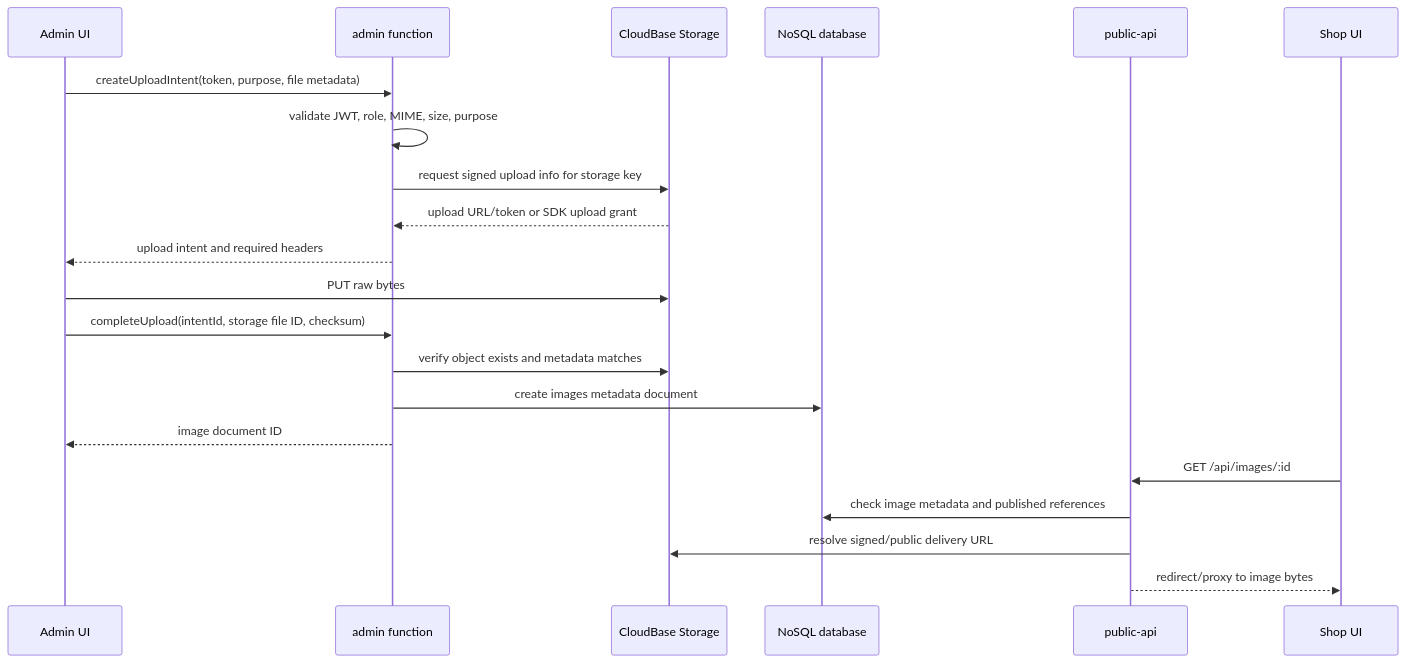
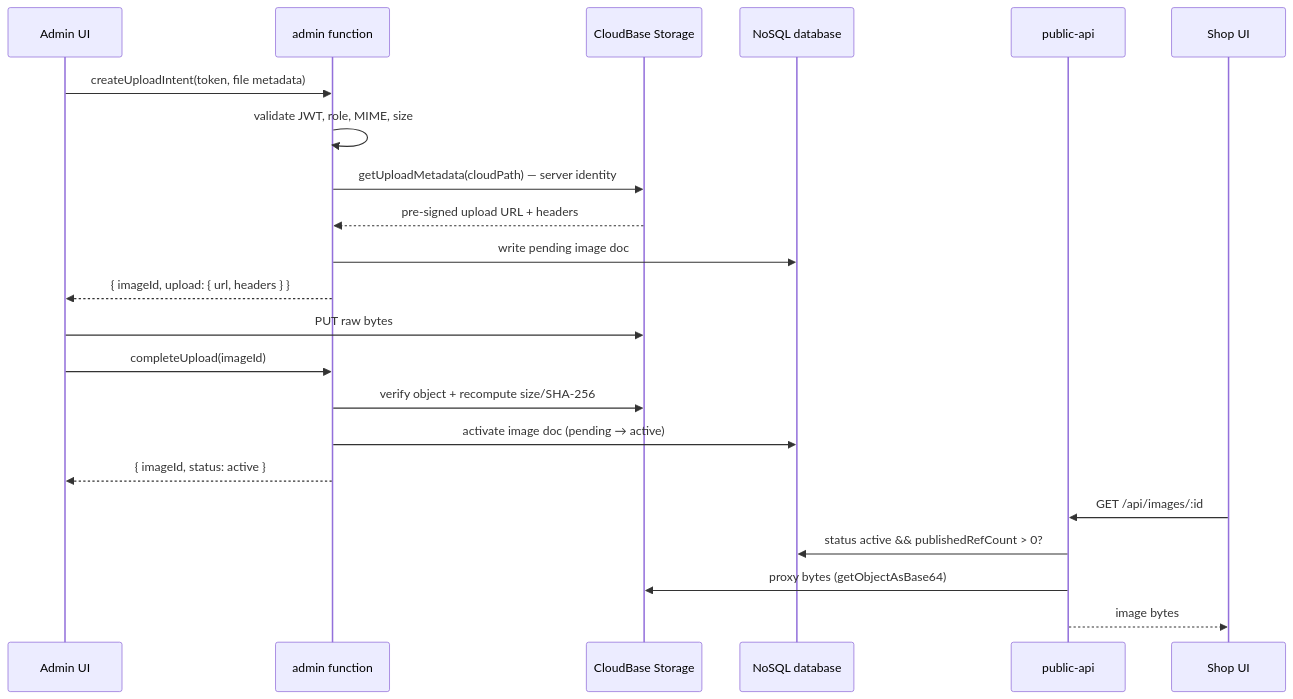
One commit to vibelingan/channel changed the second of 6 diagrams in docs/IMAGE_UPLOAD_STORAGE_DESIGN.md. Above: the diagram before and after it, drawn with Mermaid. The commit also changed other lines of this file and 10 other files, not shown here.

First line of the commit message:
feat(media): MIU-Upload U1 — admin-brokered direct-upload server contract

````diff
--- a/docs/IMAGE_UPLOAD_STORAGE_DESIGN.md
+++ b/docs/IMAGE_UPLOAD_STORAGE_DESIGN.md
@@ -218,24 +218,25 @@
 ```mermaid
 sequenceDiagram
   participant UI as Admin UI
   participant Admin as admin function
   participant Storage as CloudBase Storage
   participant DB as NoSQL database
   participant Public as public-api
   participant Shop as Shop UI
 
-  UI->>Admin: createUploadIntent(token, purpose, file metadata)
-  Admin->>Admin: validate JWT, role, MIME, size, purpose
-  Admin->>Storage: request signed upload info for storage key
-  Storage-->>Admin: upload URL/token or SDK upload grant
-  Admin-->>UI: upload intent and required headers
+  UI->>Admin: createUploadIntent(token, file metadata)
+  Admin->>Admin: validate JWT, role, MIME, size
+  Admin->>Storage: getUploadMetadata(cloudPath) — server identity
+  Storage-->>Admin: pre-signed upload URL + headers
+  Admin->>DB: write pending image doc
+  Admin-->>UI: { imageId, upload: { url, headers } }
   UI->>Storage: PUT raw bytes
-  UI->>Admin: completeUpload(intentId, storage file ID, checksum)
-  Admin->>Storage: verify object exists and metadata matches
-  Admin->>DB: create images metadata document
-  Admin-->>UI: image document ID
+  UI->>Admin: completeUpload(imageId)
+  Admin->>Storage: verify object + recompute size/SHA-256
+  Admin->>DB: activate image doc (pending → active)
+  Admin-->>UI: { imageId, status: active }
   Shop->>Public: GET /api/images/:id
-  Public->>DB: check image metadata and published references
-  Public->>Storage: resolve signed/public delivery URL
-  Public-->>Shop: redirect/proxy to image bytes
+  Public->>DB: status active && publishedRefCount > 0?
+  Public->>Storage: proxy bytes (getObjectAsBase64)
+  Public-->>Shop: image bytes
 ```
````
